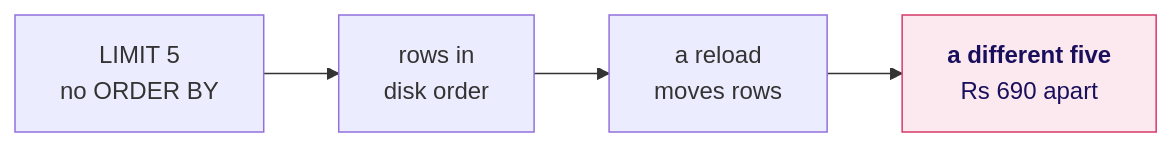
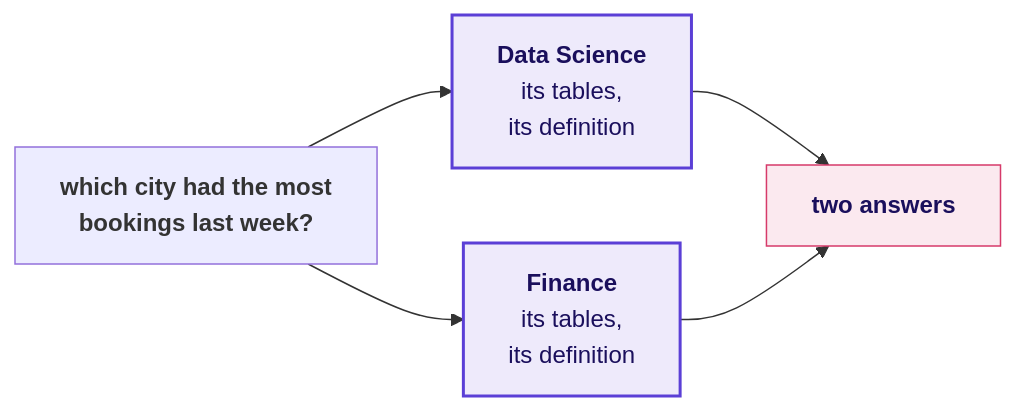
One commit to fde-academy-lab/c2-content-factory changed the eighth of 22 diagrams in content/W02/D1/slides/C2_W02_D01_half1_STUDENT.md. Above: the diagram before and after it, drawn with Mermaid. The commit also changed other lines of this file and 3 other files, not shown here.

````diff
--- a/content/W02/D1/slides/C2_W02_D01_half1_STUDENT.md
+++ b/content/W02/D1/slides/C2_W02_D01_half1_STUDENT.md
@@ -431,6 +559,11 @@
 ```mermaid
 flowchart LR
-    Q["LIMIT 5<br/>no ORDER BY"] --> D["rows in<br/>disk order"] --> R["a reload<br/>moves rows"] --> X["<b>a different five</b><br/>Rs 690 apart"]
+    Q["<b>which city had the most<br/>bookings last week?</b>"] --> DS["<b>Data Science</b><br/>its tables,<br/>its definition"]
+    Q --> FI["<b>Finance</b><br/>its tables,<br/>its definition"]
+    DS --> X["<b>two answers</b>"]
+    FI --> X
+    classDef known fill:#EEEAFB,stroke:#5B3FD6,color:#1A0F5C,stroke-width:2px
     classDef bad fill:#FBE9EF,stroke:#D63A6A,color:#1A0F5C
+    class DS,FI known
     class X bad
 ```
````
